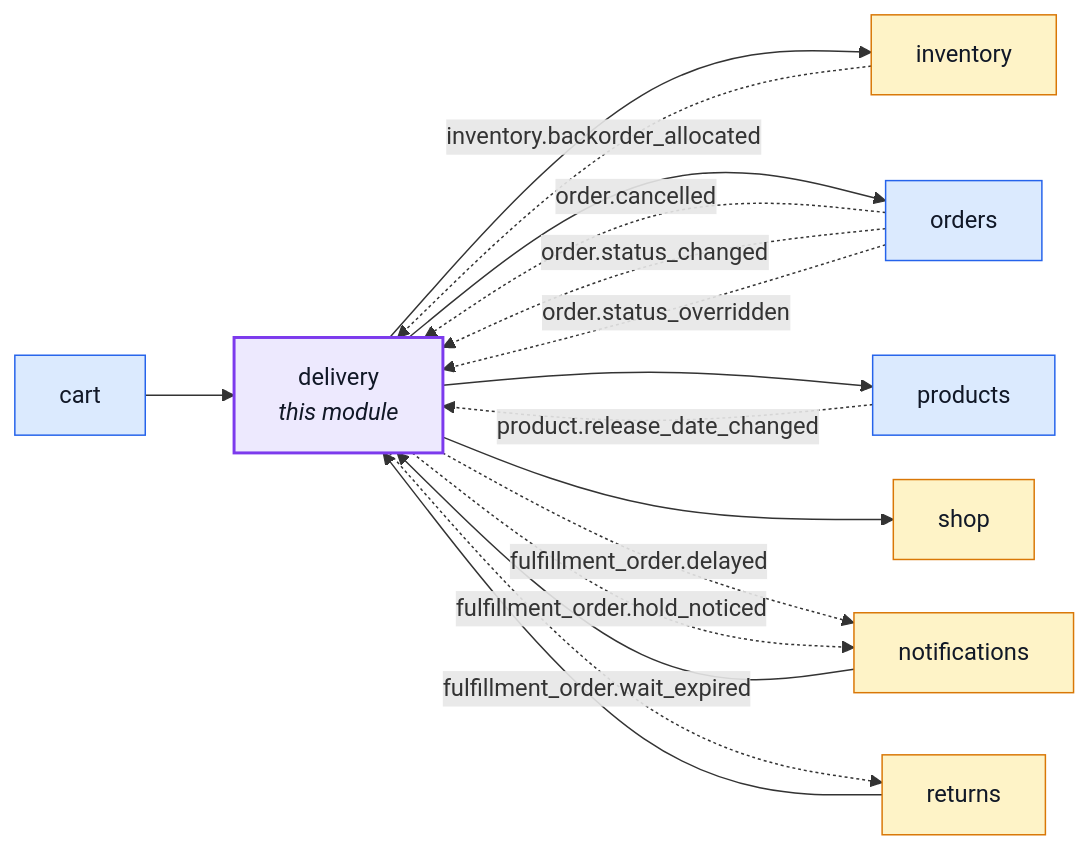
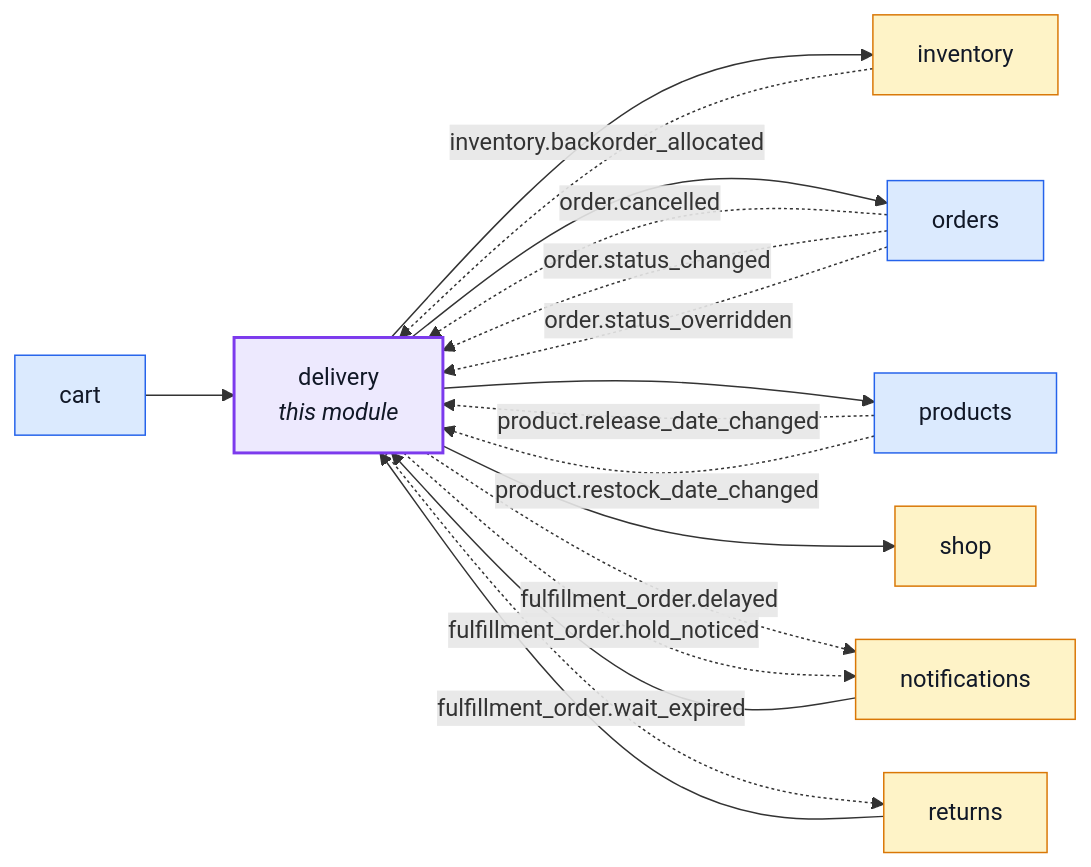
The first of 7 diagrams in docs/modules/delivery.md (Guebbit/boilerplate-node-backend), drawn with Mermaid before and after one commit. The commit also changed 25 other files, not shown here.

First line of the commit message:
feat(delivery): hold the owed part of a line under its promise and follow its restock date

````diff
--- a/docs/modules/delivery.md
+++ b/docs/modules/delivery.md
@@ -16,36 +16,37 @@
 ```mermaid
 %%{init: {'flowchart': {'nodeSpacing': 30, 'rankSpacing': 60}}}%%
 flowchart LR
     delivery["delivery<br/><i>this module</i>"]
     cart["cart"]
     inventory["inventory"]
     notifications["notifications"]
     orders["orders"]
     products["products"]
     returns["returns"]
     shop["shop"]
 
     cart --> delivery
     notifications --> delivery
     returns --> delivery
     delivery --> inventory
     delivery --> orders
     delivery --> products
     delivery --> shop
     inventory -. "inventory.backorder_allocated" .-> delivery
     orders -. "order.cancelled" .-> delivery
     orders -. "order.status_changed" .-> delivery
     orders -. "order.status_overridden" .-> delivery
     products -. "product.release_date_changed" .-> delivery
+    products -. "product.restock_date_changed" .-> delivery
     delivery -. "fulfillment_order.delayed" .-> notifications
     delivery -. "fulfillment_order.hold_noticed" .-> notifications
     delivery -. "fulfillment_order.wait_expired" .-> returns
 
     classDef core fill:#dbeafe,stroke:#2563eb,color:#111827;
     classDef supporting fill:#fef3c7,stroke:#d97706,color:#111827;
     classDef generic fill:#dcfce7,stroke:#16a34a,color:#111827;
     classDef centre fill:#ede9fe,stroke:#7c3aed,stroke-width:2px,color:#111827;
     class cart,orders,products core;
     class inventory,notifications,returns,shop supporting;
     class delivery centre;
 ```
````
